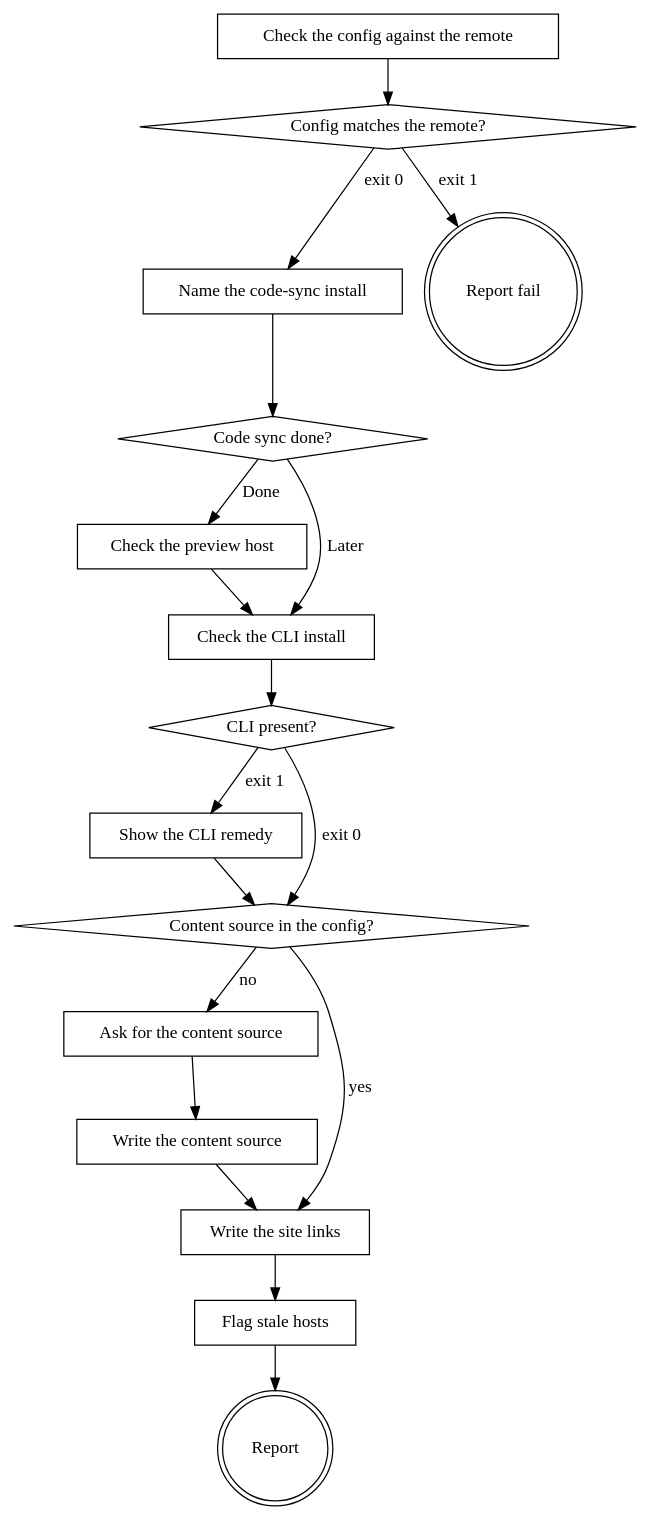
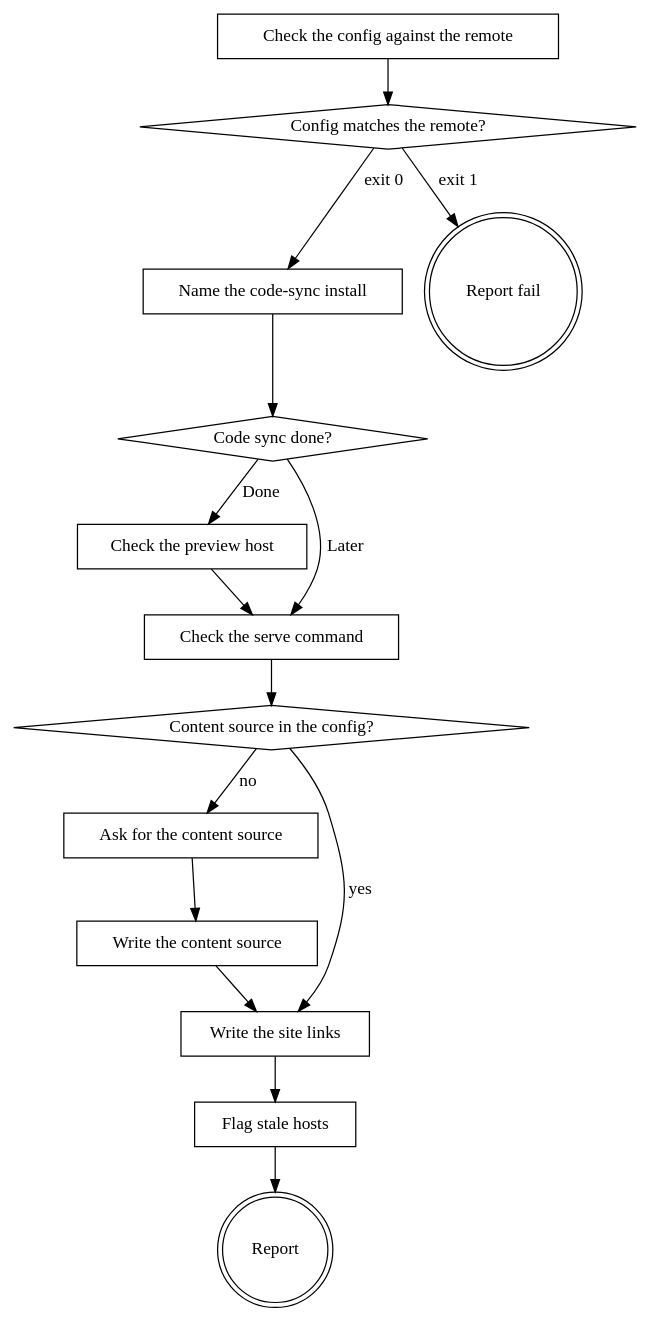
One commit to agenticDraft/plugins changed the diagram in plugins/agentic-eds/skills/eds-setup/SKILL.md. Above: the diagram before and after it, drawn with Graphviz. The commit also changed other lines of this file and 14 other files, not shown here.

````diff
--- a/plugins/agentic-eds/skills/eds-setup/SKILL.md
+++ b/plugins/agentic-eds/skills/eds-setup/SKILL.md
@@ -20,37 +21,32 @@
 ```dot
 digraph eds_setup {
     "Check the config against the remote" [shape=box];
     "Config matches the remote?" [shape=diamond];
     "Name the code-sync install" [shape=box];
     "Code sync done?" [shape=diamond];
     "Check the preview host" [shape=box];
-    "Check the CLI install" [shape=box];
-    "CLI present?" [shape=diamond];
-    "Show the CLI remedy" [shape=box];
+    "Check the serve command" [shape=box];
     "Content source in the config?" [shape=diamond];
     "Ask for the content source" [shape=box];
     "Write the content source" [shape=box];
     "Write the site links" [shape=box];
     "Flag stale hosts" [shape=box];
     "Report fail" [shape=doublecircle];
     "Report" [shape=doublecircle];
 
     "Check the config against the remote" -> "Config matches the remote?";
     "Config matches the remote?" -> "Name the code-sync install" [label="exit 0"];
     "Config matches the remote?" -> "Report fail" [label="exit 1"];
     "Name the code-sync install" -> "Code sync done?";
     "Code sync done?" -> "Check the preview host" [label="Done"];
-    "Code sync done?" -> "Check the CLI install" [label="Later"];
-    "Check the preview host" -> "Check the CLI install";
-    "Check the CLI install" -> "CLI present?";
-    "CLI present?" -> "Content source in the config?" [label="exit 0"];
-    "CLI present?" -> "Show the CLI remedy" [label="exit 1"];
-    "Show the CLI remedy" -> "Content source in the config?";
+    "Code sync done?" -> "Check the serve command" [label="Later"];
+    "Check the preview host" -> "Check the serve command";
+    "Check the serve command" -> "Content source in the config?";
     "Content source in the config?" -> "Write the site links" [label="yes"];
     "Content source in the config?" -> "Ask for the content source" [label="no"];
     "Ask for the content source" -> "Write the content source";
     "Write the content source" -> "Write the site links";
     "Write the site links" -> "Flag stale hosts";
     "Flag stale hosts" -> "Report";
 }
 ```
````
